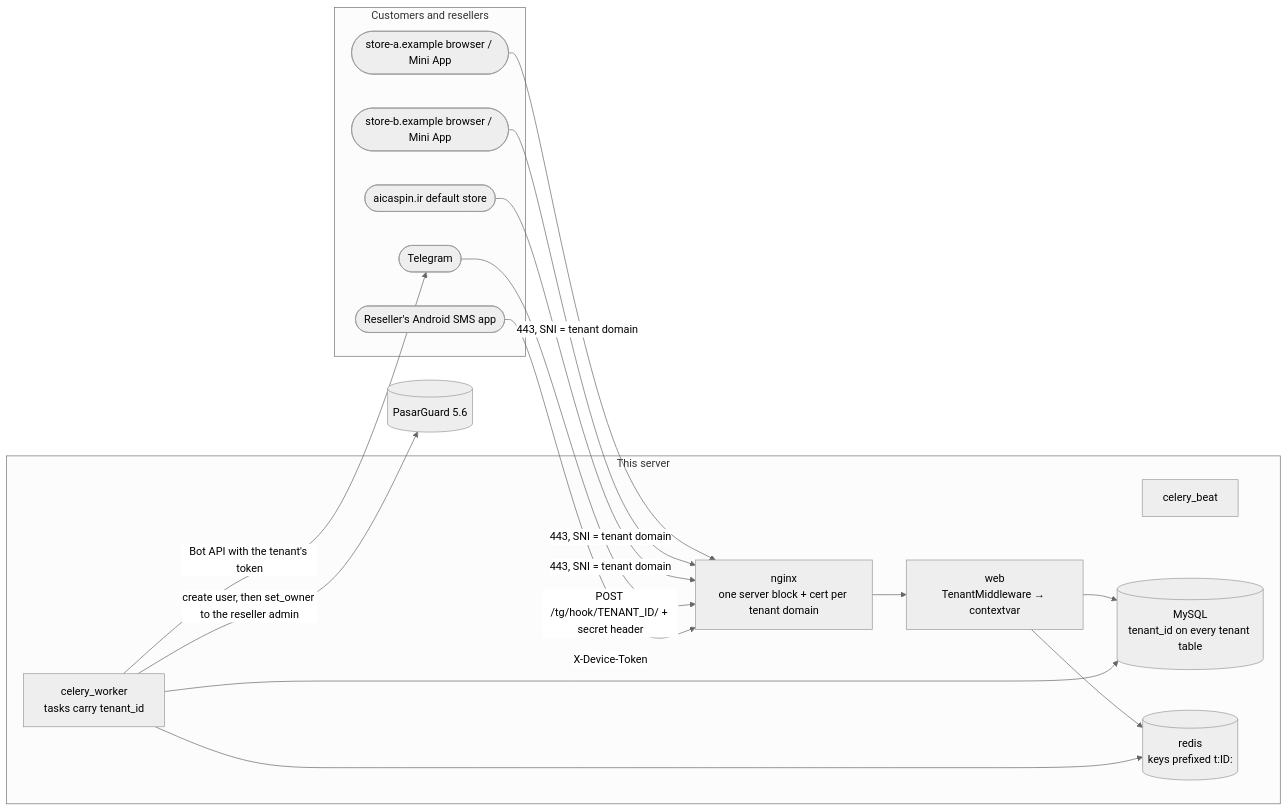
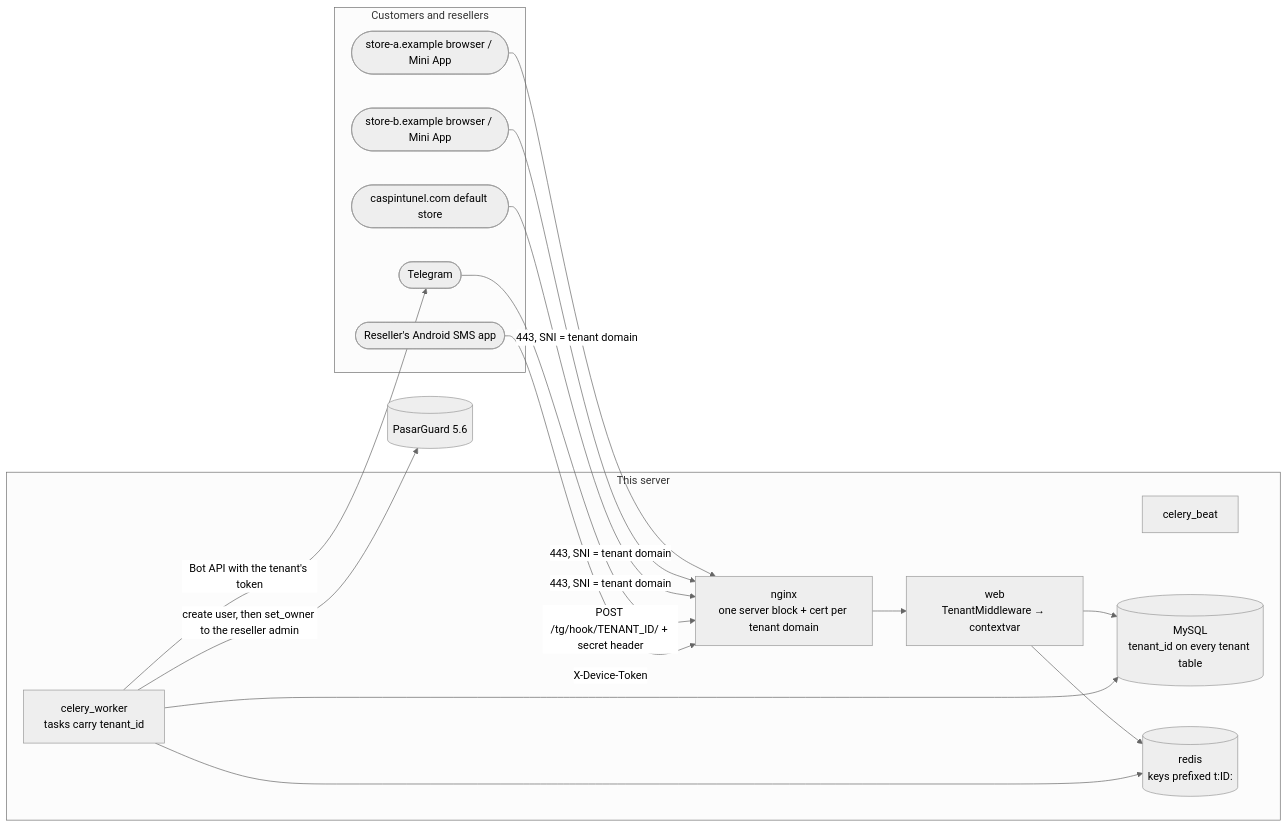
The first of 8 diagrams in docs/multi-tenant.md (santiyagoburcart/caspintunel), drawn with Mermaid (neutral theme) before and after one commit. The commit also changed other lines of this file and 9 other files, not shown here.

Commit message:
docs: v1.38.6 — multi-tenant decisions D1–D7, capacity on the current server, active domain caspintunel.com (docs only)

````diff
--- a/docs/multi-tenant.md
+++ b/docs/multi-tenant.md
@@ -48,26 +52,26 @@
 ```mermaid
 flowchart LR
     subgraph clients[Customers and resellers]
         b1([store-a.example browser / Mini App])
         b2([store-b.example browser / Mini App])
-        b0([aicaspin.ir default store])
+        b0([caspintunel.com default store])
         tg([Telegram])
         sms([Reseller's Android SMS app])
     end
     b1 & b2 & b0 -->|443, SNI = tenant domain| nginx
     tg -->|POST /tg/hook/TENANT_ID/ + secret header| nginx
     sms -->|X-Device-Token| nginx
     subgraph host[This server]
         nginx[nginx<br/>one server block + cert per tenant domain]
         web[web<br/>TenantMiddleware → contextvar]
         worker[celery_worker<br/>tasks carry tenant_id]
         beat[celery_beat]
         db[(MySQL<br/>tenant_id on every tenant table)]
         redis[(redis<br/>keys prefixed t:ID:)]
     end
     nginx --> web
     web --> db & redis
     worker --> db & redis
     worker -->|create user, then set_owner to the reseller admin| pg[(PasarGuard 5.6)]
     worker -->|Bot API with the tenant's token| tg
 ```
````
